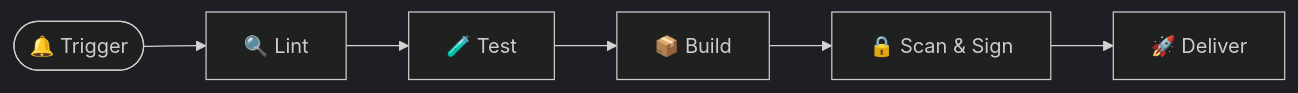
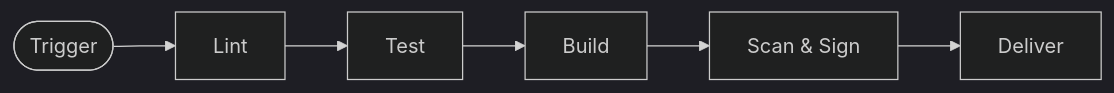
The first of 3 diagrams in skills/bp/references/cicd-bp.md (SavenkovIgor/railing), drawn with Mermaid (dark theme) before and after one commit. The commit also changed other lines of this file and 2 other files, not shown here.

Commit message:
Resolve remaining emoji contradictions with markdown-bp.md and reports rules (#24)
Fixes #21

````diff
--- a/skills/bp/references/cicd-bp.md
+++ b/skills/bp/references/cicd-bp.md
@@ -96,15 +96,15 @@
 ```mermaid
 flowchart LR
-    TRIGGER([🔔 Trigger])
-    LINT[🔍 Lint]
-    TEST[🧪 Test]
-    BUILD[📦 Build]
-    SCAN[🔒 Scan & Sign]
-    DELIVER[🚀 Deliver]
+    TRIGGER([Trigger])
+    LINT[Lint]
+    TEST[Test]
+    BUILD[Build]
+    SCAN[Scan & Sign]
+    DELIVER[Deliver]
 
     TRIGGER --> LINT
     LINT --> TEST
     TEST --> BUILD
     BUILD --> SCAN
     SCAN --> DELIVER
 ```
````
